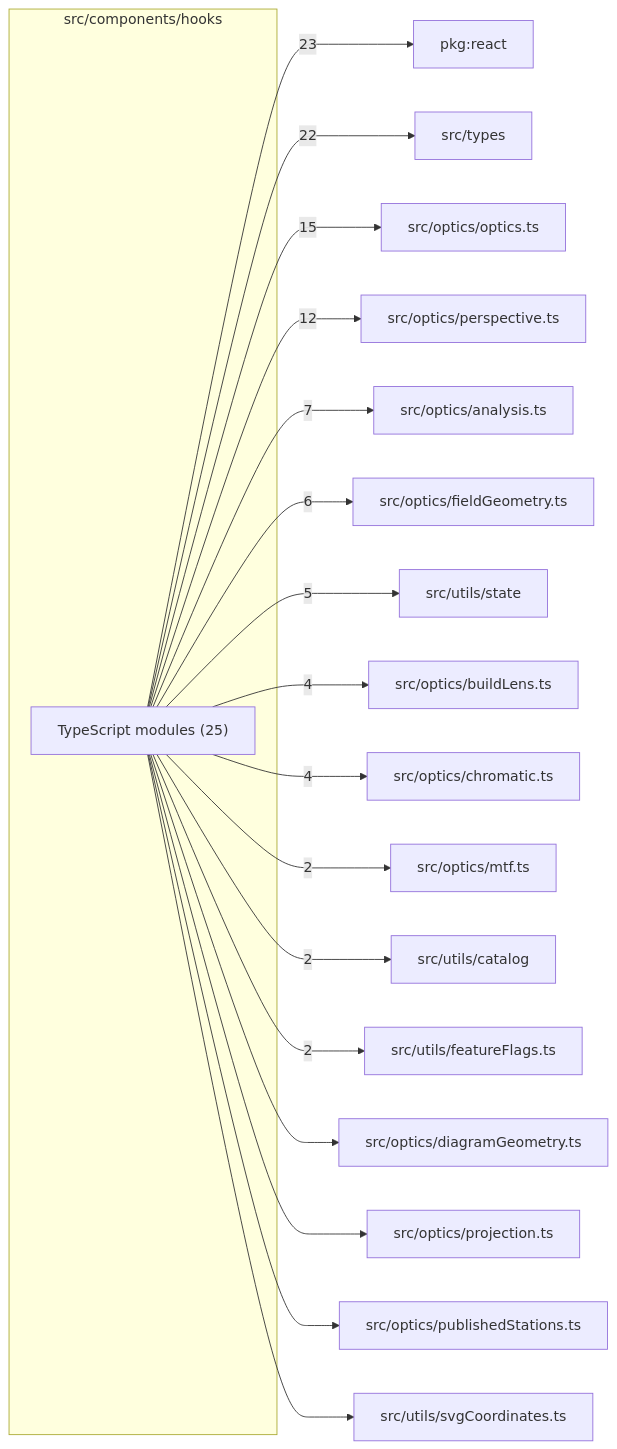
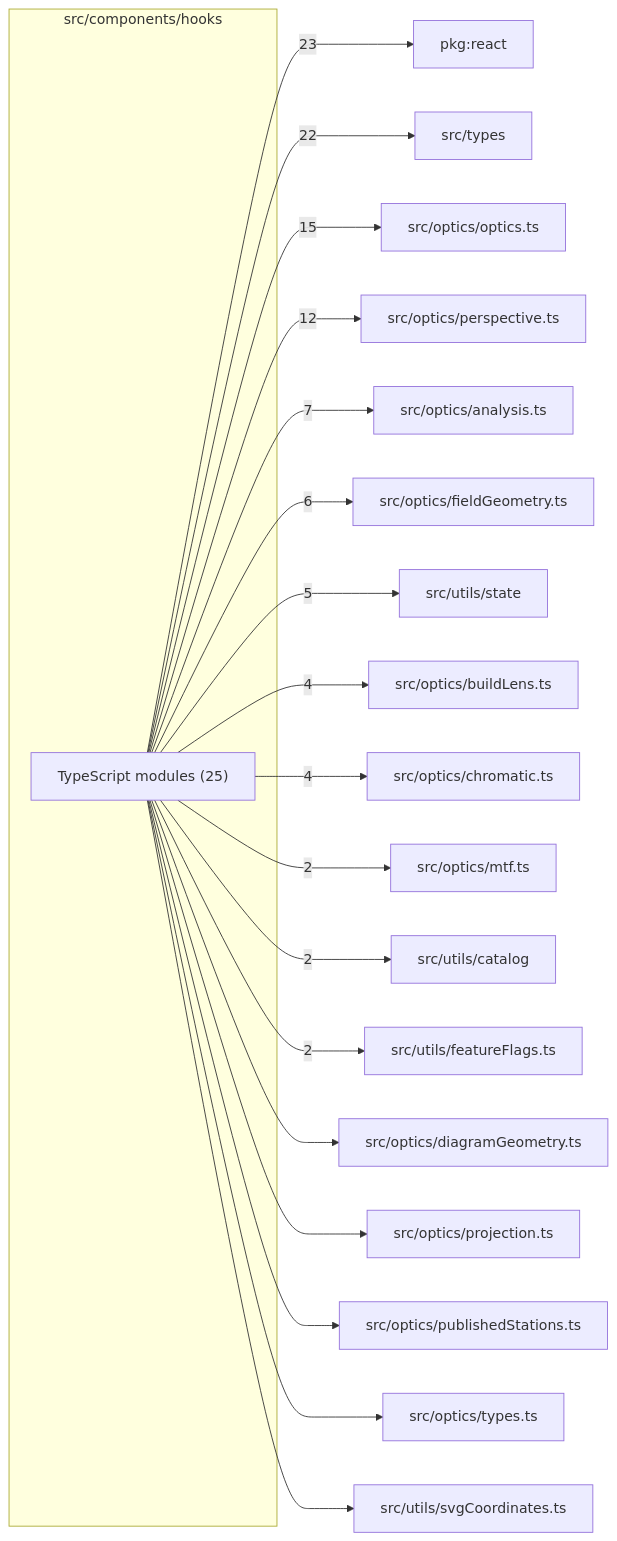
One commit to ronbuening/LensVisualizer changed the diagram in src/components/hooks/readme.md. Above: the diagram before and after it, drawn with Mermaid. The commit also changed other lines of this file and 57 other files, not shown here.

````diff
--- a/src/components/hooks/readme.md
+++ b/src/components/hooks/readme.md
@@ -9,38 +9,40 @@
 ```mermaid
 flowchart LR
   subgraph n_src_components_hooks["src/components/hooks"]
     n_src_components_hooks_TypeScript_modules["TypeScript modules (25)"]
   end
   n_external_pkg_react["pkg:react"]
   n_external_src_types["src/types"]
   n_external_src_optics_optics_ts["src/optics/optics.ts"]
   n_external_src_optics_perspective_ts["src/optics/perspective.ts"]
   n_external_src_optics_analysis_ts["src/optics/analysis.ts"]
   n_external_src_optics_fieldGeometry_ts["src/optics/fieldGeometry.ts"]
   n_external_src_utils_state["src/utils/state"]
   n_external_src_optics_buildLens_ts["src/optics/buildLens.ts"]
   n_external_src_optics_chromatic_ts["src/optics/chromatic.ts"]
   n_external_src_optics_mtf_ts["src/optics/mtf.ts"]
   n_external_src_utils_catalog["src/utils/catalog"]
   n_external_src_utils_featureFlags_ts["src/utils/featureFlags.ts"]
   n_external_src_optics_diagramGeometry_ts["src/optics/diagramGeometry.ts"]
   n_external_src_optics_projection_ts["src/optics/projection.ts"]
   n_external_src_optics_publishedStations_ts["src/optics/publishedStations.ts"]
+  n_external_src_optics_types_ts["src/optics/types.ts"]
   n_external_src_utils_svgCoordinates_ts["src/utils/svgCoordinates.ts"]
   n_src_components_hooks_TypeScript_modules --> |23| n_external_pkg_react
   n_src_components_hooks_TypeScript_modules --> |22| n_external_src_types
   n_src_components_hooks_TypeScript_modules --> |15| n_external_src_optics_optics_ts
   n_src_components_hooks_TypeScript_modules --> |12| n_external_src_optics_perspective_ts
   n_src_components_hooks_TypeScript_modules --> |7| n_external_src_optics_analysis_ts
   n_src_components_hooks_TypeScript_modules --> |6| n_external_src_optics_fieldGeometry_ts
   n_src_components_hooks_TypeScript_modules --> |5| n_external_src_utils_state
   n_src_components_hooks_TypeScript_modules --> |4| n_external_src_optics_buildLens_ts
   n_src_components_hooks_TypeScript_modules --> |4| n_external_src_optics_chromatic_ts
   n_src_components_hooks_TypeScript_modules --> |2| n_external_src_optics_mtf_ts
   n_src_components_hooks_TypeScript_modules --> |2| n_external_src_utils_catalog
   n_src_components_hooks_TypeScript_modules --> |2| n_external_src_utils_featureFlags_ts
   n_src_components_hooks_TypeScript_modules --> n_external_src_optics_diagramGeometry_ts
   n_src_components_hooks_TypeScript_modules --> n_external_src_optics_projection_ts
   n_src_components_hooks_TypeScript_modules --> n_external_src_optics_publishedStations_ts
+  n_src_components_hooks_TypeScript_modules --> n_external_src_optics_types_ts
   n_src_components_hooks_TypeScript_modules --> n_external_src_utils_svgCoordinates_ts
 ```
````
